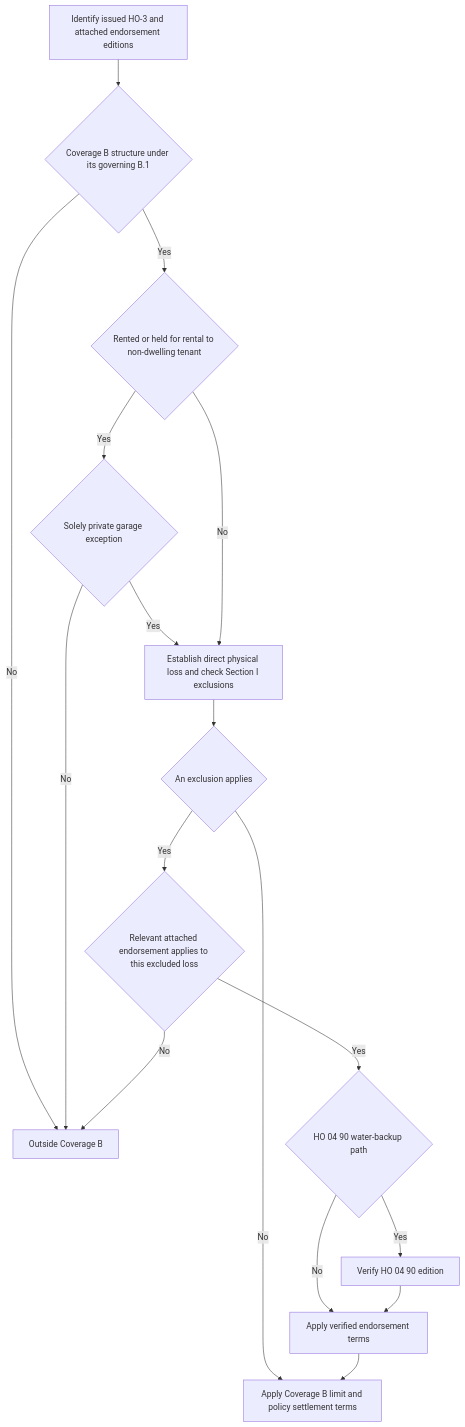
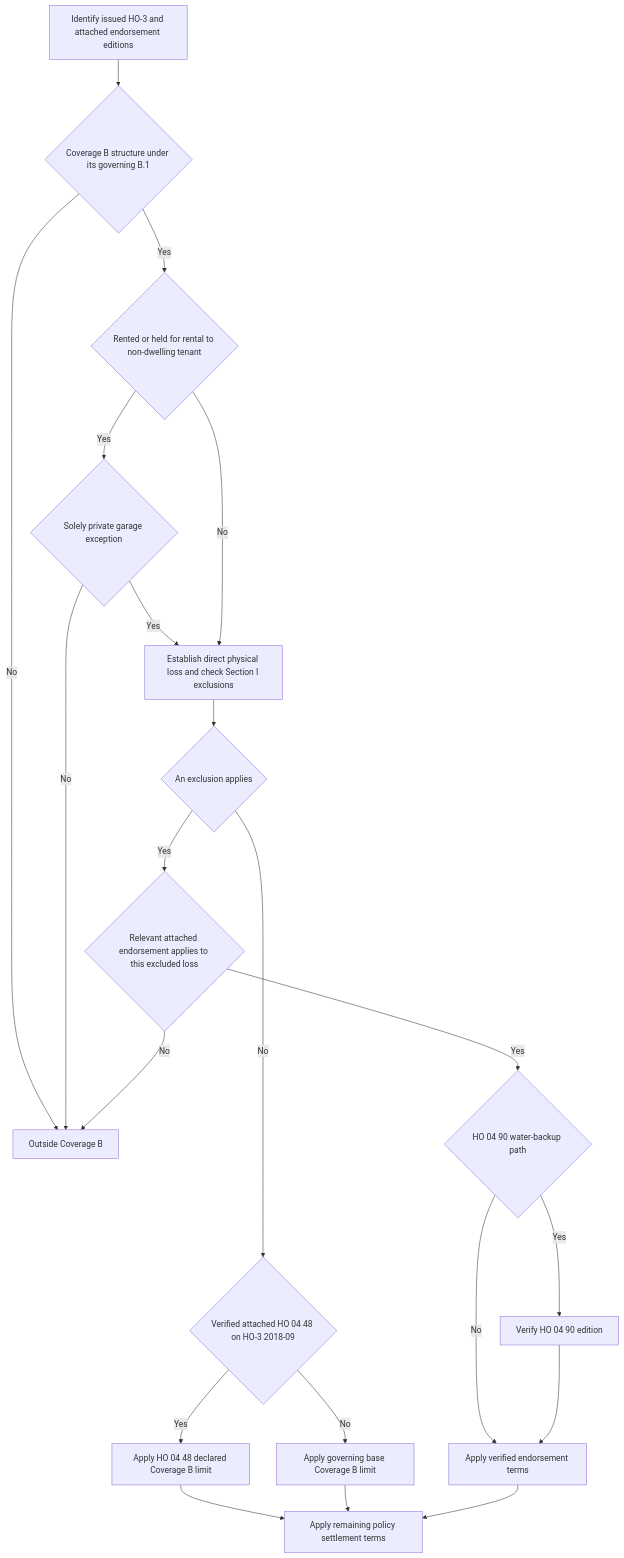
Before and after one commit to eugeneliu-86/openwiki-insurance-corpus: the diagram in openwiki/coverage/coverage-b/other-structures.md, drawn with Mermaid. The commit also changed other lines of this file and 12 other files, not shown here.

````diff
--- a/openwiki/coverage/coverage-b/other-structures.md
+++ b/openwiki/coverage/coverage-b/other-structures.md
@@ -100,19 +110,23 @@
 ```mermaid
 flowchart TD
     Start["Identify issued HO-3 and attached endorsement editions"] --> Structure{"Coverage B structure under its governing B.1"}
     Structure -- No --> Outside["Outside Coverage B"]
     Structure -- Yes --> Rental{"Rented or held for rental to non-dwelling tenant"}
     Rental -- Yes --> Garage{"Solely private garage exception"}
     Garage -- No --> Outside
     Garage -- Yes --> Loss
     Rental -- No --> Loss["Establish direct physical loss and check Section I exclusions"]
     Loss --> Excluded{"An exclusion applies"}
-    Excluded -- No --> Limit["Apply Coverage B limit and policy settlement terms"]
+    Excluded -- No --> Increased{"Verified attached HO 04 48 on HO-3 2018-09"}
+    Increased -- Yes --> Declared["Apply HO 04 48 declared Coverage B limit"]
+    Increased -- No --> BaseLimit["Apply governing base Coverage B limit"]
+    Declared --> Settlement["Apply remaining policy settlement terms"]
+    BaseLimit --> Settlement
     Excluded -- Yes --> Endorsement{"Relevant attached endorsement applies to this excluded loss"}
     Endorsement -- No --> Outside
     Endorsement -- Yes --> Water{"HO 04 90 water-backup path"}
     Water -- "No" --> Terms["Apply verified endorsement terms"]
     Water -- "Yes" --> WaterEdition["Verify HO 04 90 edition"]
     WaterEdition --> Terms
-    Terms --> Limit
+    Terms --> Settlement
 ```
````
